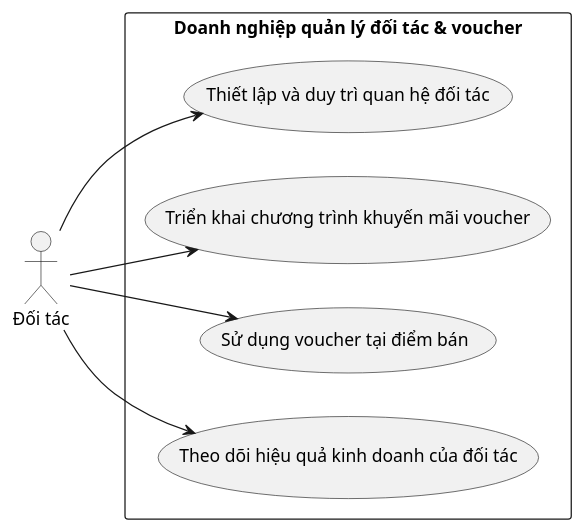
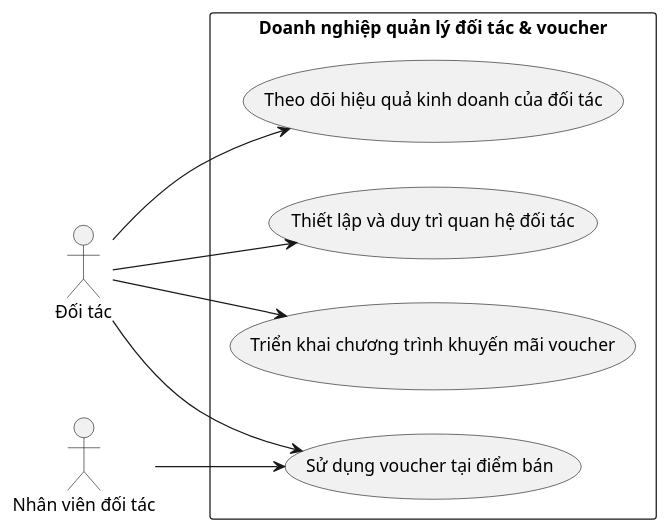
Before and after one commit to Ngo-The-Dat/e-voucher-system: the diagram in doc/business/doi_tac.wsd, drawn with PlantUML. The commit also changed 4 other files, not shown here.

Commit message:
feat: update use case diagrams for partner management and voucher system, enhancing detail and clarity

```diff
--- a/doc/business/doi_tac.wsd
+++ b/doc/business/doi_tac.wsd
@@ -1,16 +1,23 @@
 @startuml
 left to right direction
+
 actor "Đối tác" as DT
+actor "Nhân viên đối tác" as NVDT
 
 rectangle "Doanh nghiệp quản lý đối tác & voucher" {
   usecase "Thiết lập và duy trì quan hệ đối tác" as BUC01
   usecase "Triển khai chương trình khuyến mãi voucher" as BUC02
   usecase "Sử dụng voucher tại điểm bán" as BUC03
   usecase "Theo dõi hiệu quả kinh doanh của đối tác" as BUC04
 }
 
+' Đối tác tham gia vào toàn bộ chu trình kinh doanh
 DT --> BUC01
 DT --> BUC02
 DT --> BUC03
 DT --> BUC04
+
+' Nhân viên đối tác trực tiếp thực hiện đổi voucher tại điểm bán
+NVDT --> BUC03
+
 @enduml
```
